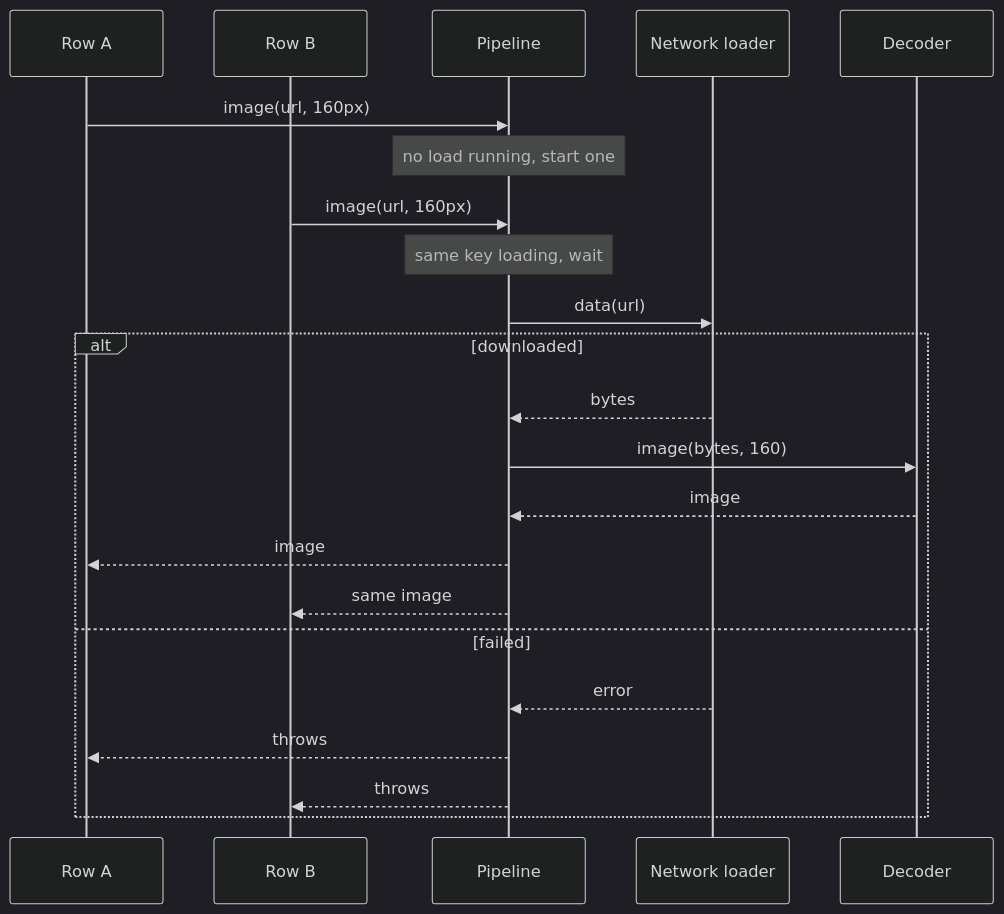
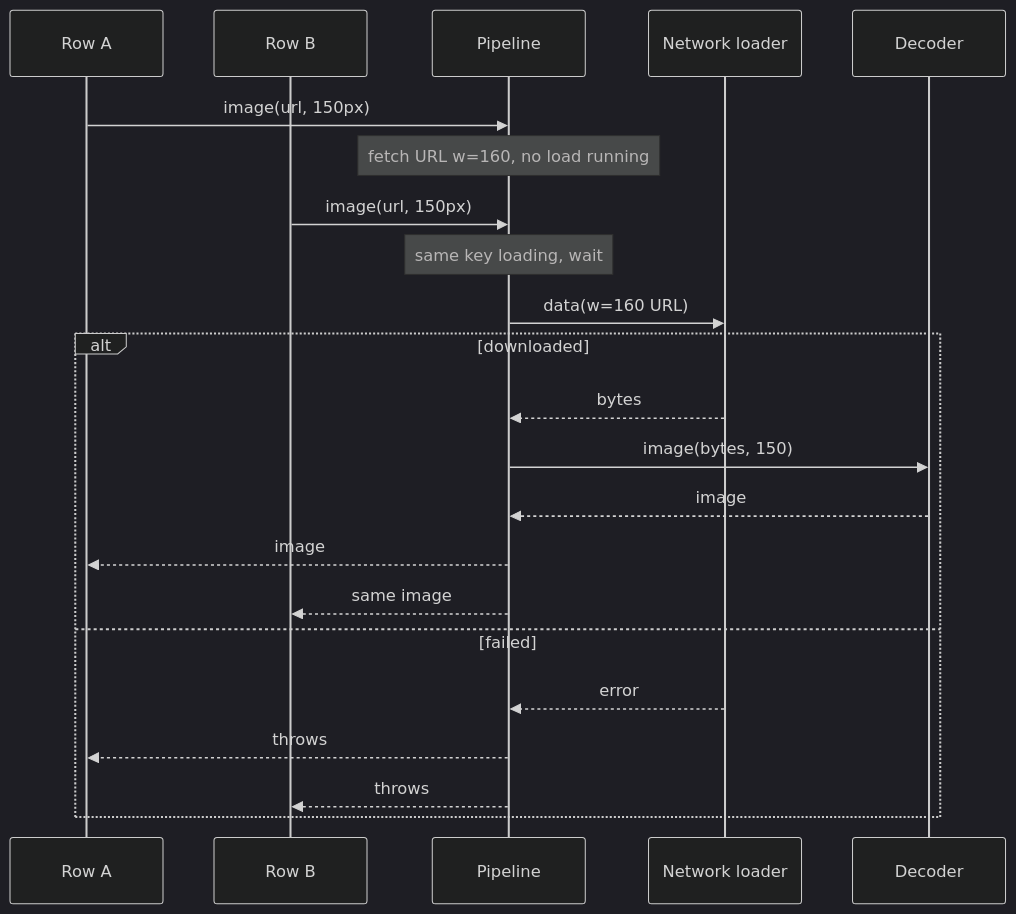
The second of 3 diagrams in topics/system-design/01-image-loading-and-caching-library.md (rezabina86/reference-desk), drawn with Mermaid (dark theme) before and after one commit. The commit also changed other lines of this file and 19 other files, not shown here.

````diff
--- a/topics/system-design/01-image-loading-and-caching-library.md
+++ b/topics/system-design/01-image-loading-and-caching-library.md
@@ -322,24 +411,24 @@
 ```mermaid
 sequenceDiagram
   participant A as Row A
   participant B as Row B
   participant P as Pipeline
   participant L as Network loader
   participant X as Decoder
-  A->>P: image(url, 160px)
-  Note over P: no load running, start one
-  B->>P: image(url, 160px)
+  A->>P: image(url, 150px)
+  Note over P: fetch URL w=160, no load running
+  B->>P: image(url, 150px)
   Note over P: same key loading, wait
-  P->>L: data(url)
+  P->>L: data(w=160 URL)
   alt downloaded
     L-->>P: bytes
-    P->>X: image(bytes, 160)
+    P->>X: image(bytes, 150)
     X-->>P: image
     P-->>A: image
     P-->>B: same image
   else failed
     L-->>P: error
     P-->>A: throws
     P-->>B: throws
   end
 ```
````
